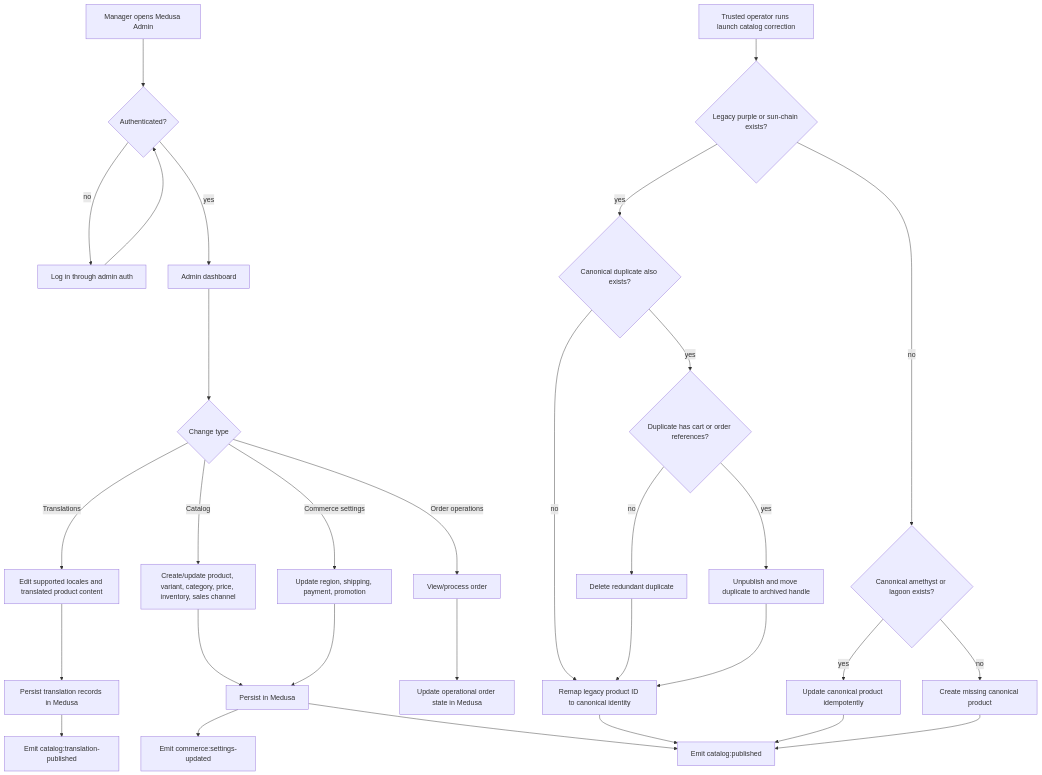
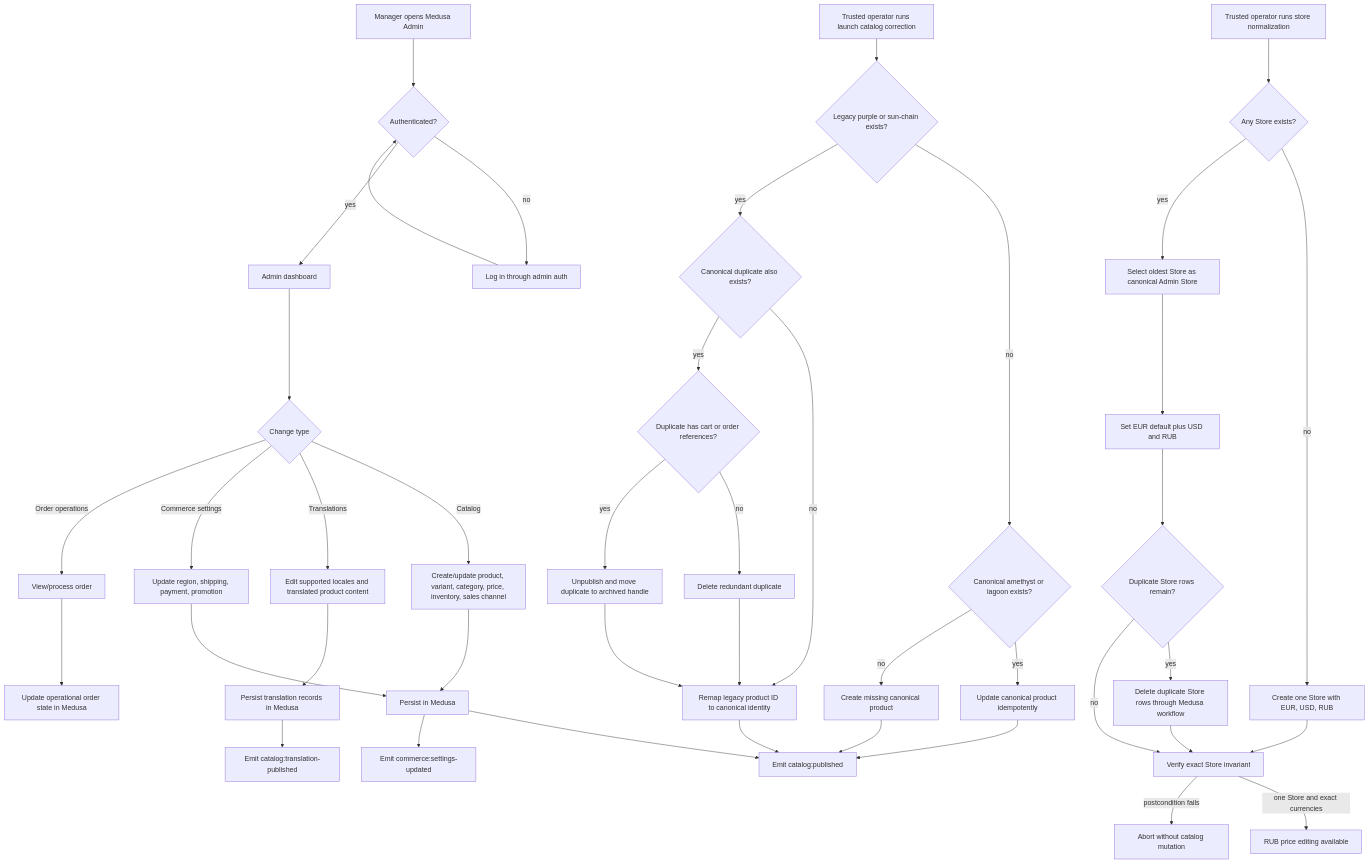
Before and after one commit to AtoshaKartosha/sunluk: the first of 3 diagrams in flows/features/admin-operations.md, drawn with Mermaid. The commit also changed other lines of this file, not shown here.

Commit message:
docs(flows): approve store normalization

````diff
--- a/flows/features/admin-operations.md
+++ b/flows/features/admin-operations.md
@@ -52,33 +54,44 @@
 ```mermaid
 flowchart TD
   Start[Manager opens Medusa Admin] --> Auth{Authenticated?}
   Auth -->|no| Login[Log in through admin auth]
   Login --> Auth
   Auth -->|yes| Dashboard[Admin dashboard]
   Dashboard --> ChangeType{Change type}
   ChangeType -->|Catalog| Catalog[Create/update product, variant, category, price, inventory, sales channel]
   ChangeType -->|Translations| Translations[Edit supported locales and translated product content]
   ChangeType -->|Commerce settings| Settings[Update region, shipping, payment, promotion]
   ChangeType -->|Order operations| Orders[View/process order]
   Catalog --> Publish[Persist in Medusa]
   Translations --> PublishTranslations[Persist translation records in Medusa]
   Settings --> Publish
   Publish --> NotifyCatalog[Emit catalog:published]
   PublishTranslations --> NotifyLocalization[Emit catalog:translation-published]
   Publish --> NotifyCheckout[Emit commerce:settings-updated]
   Orders --> OrderState[Update operational order state in Medusa]
   Migration[Trusted operator runs launch catalog correction] --> Legacy{Legacy purple or sun-chain exists?}
   Legacy -->|no| Canonical{Canonical amethyst or lagoon exists?}
   Canonical -->|yes| UpdateCanonical[Update canonical product idempotently]
   Canonical -->|no| CreateCanonical[Create missing canonical product]
   Legacy -->|yes| Duplicate{Canonical duplicate also exists?}
   Duplicate -->|no| RemapLegacy[Remap legacy product ID to canonical identity]
   Duplicate -->|yes| Referenced{Duplicate has cart or order references?}
   Referenced -->|no| DeleteDuplicate[Delete redundant duplicate]
   Referenced -->|yes| ArchiveDuplicate[Unpublish and move duplicate to archived handle]
   DeleteDuplicate --> RemapLegacy
   ArchiveDuplicate --> RemapLegacy
   RemapLegacy --> NotifyCatalog
   UpdateCanonical --> NotifyCatalog
   CreateCanonical --> NotifyCatalog
+  StoreMigration[Trusted operator runs store normalization] --> StoreExists{Any Store exists?}
+  StoreExists -->|no| CreateStore[Create one Store with EUR, USD, RUB]
+  StoreExists -->|yes| SelectStore[Select oldest Store as canonical Admin Store]
+  SelectStore --> UpdateCurrencies[Set EUR default plus USD and RUB]
+  UpdateCurrencies --> ExtraStores{Duplicate Store rows remain?}
+  ExtraStores -->|yes| DeleteStores[Delete duplicate Store rows through Medusa workflow]
+  ExtraStores -->|no| VerifyStore[Verify exact Store invariant]
+  DeleteStores --> VerifyStore
+  CreateStore --> VerifyStore
+  VerifyStore -->|one Store and exact currencies| StoreReady[RUB price editing available]
+  VerifyStore -->|postcondition fails| StoreRejected[Abort without catalog mutation]
 ```
````
